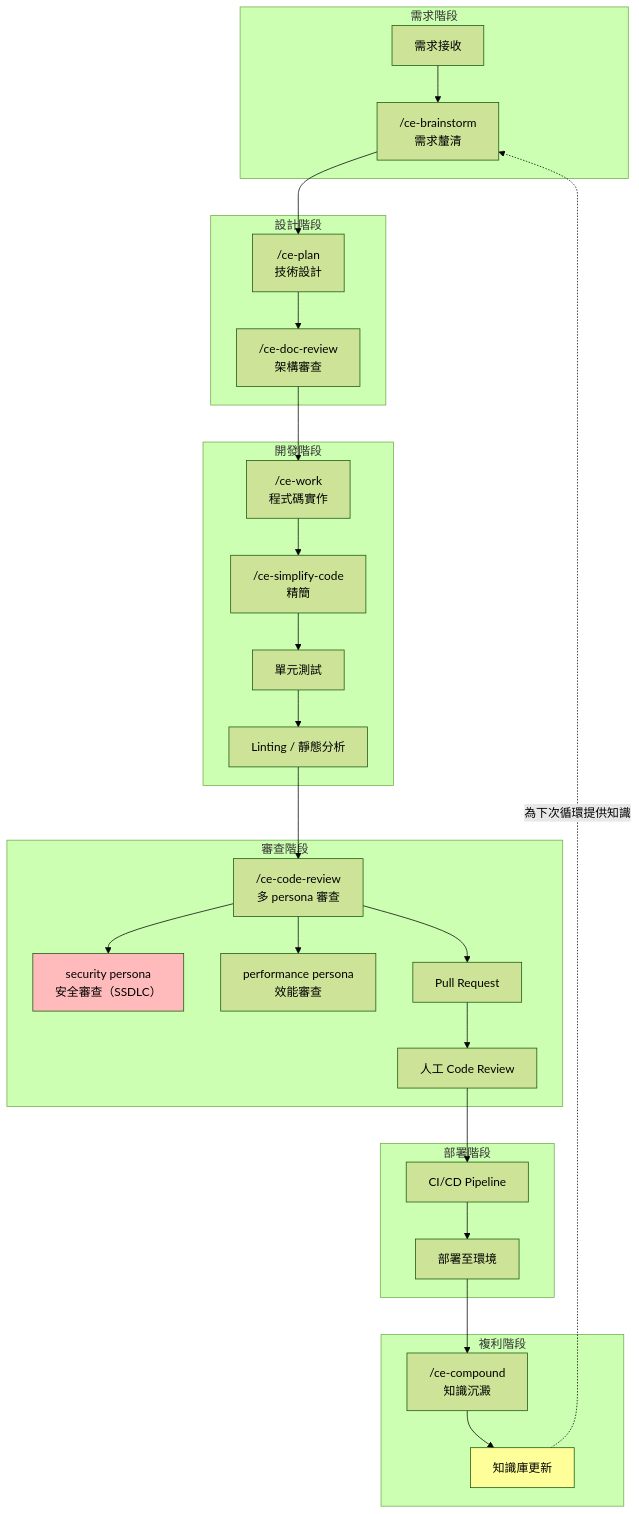
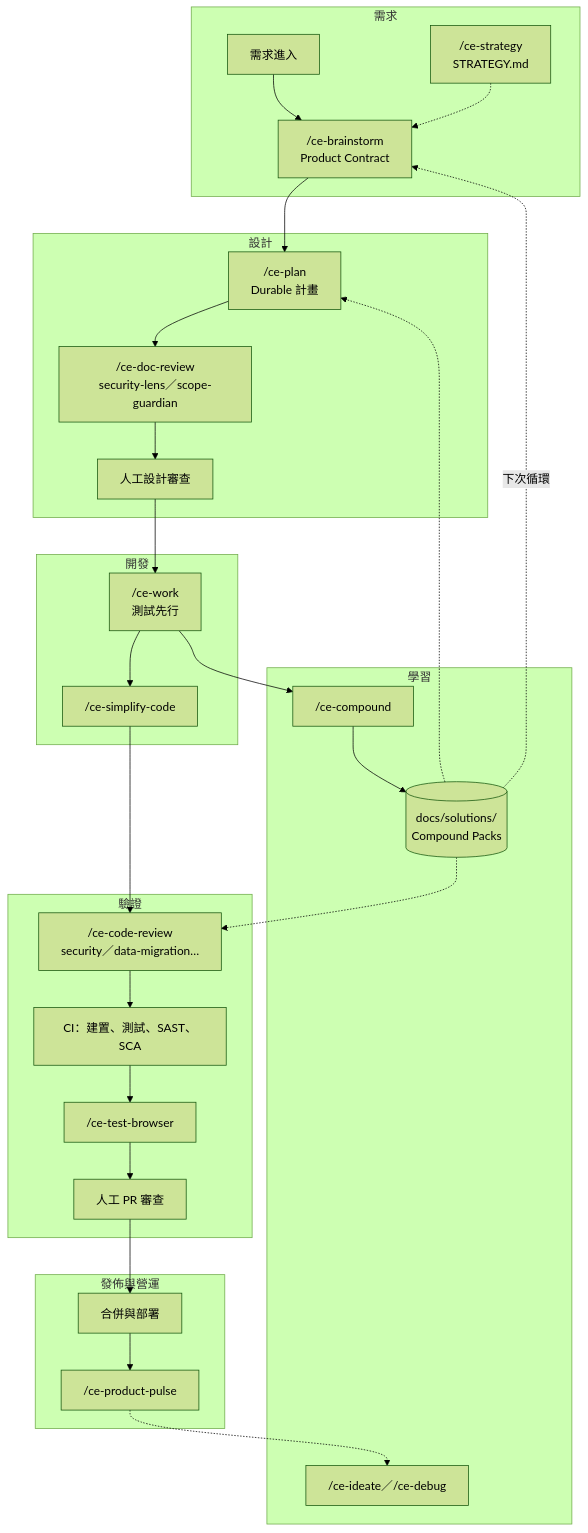
One commit to chihhung/Blog changed the sixth of 10 diagrams in content/posts/教學/AI開發/Compound Engineering 教學手冊.md. Above: the diagram before and after it, drawn with Mermaid (forest theme). The commit also changed other lines of this file and 1 other file, not shown here.

Commit message:
docs: multic and compound engineering content update

````diff
--- a/content/posts/教學/AI開發/Compound Engineering 教學手冊.md
+++ b/content/posts/教學/AI開發/Compound Engineering 教學手冊.md
@@ -1224,40 +2635,34 @@
 ```mermaid
-graph TD
-    subgraph "需求階段"
-        REQ[需求接收] --> BRAIN["/ce-brainstorm<br/>需求釐清"]
+flowchart TD
+    subgraph REQ["需求"]
+        R1[需求進入] --> R2["/ce-brainstorm<br/>Product Contract"]
+        R0["/ce-strategy<br/>STRATEGY.md"] -.-> R2
     end
-
-    subgraph "設計階段"
-        BRAIN --> PLAN["/ce-plan<br/>技術設計"]
-        PLAN --> ARCH_REV["/ce-doc-review<br/>架構審查"]
+    subgraph DES["設計"]
+        R2 --> D1["/ce-plan<br/>Durable 計畫"]
+        D1 --> D2["/ce-doc-review<br/>security-lens／scope-guardian"]
+        D2 --> D3[人工設計審查]
     end
-
-    subgraph "開發階段"
-        ARCH_REV --> WORK["/ce-work<br/>程式碼實作"]
-        WORK --> SIMP["/ce-simplify-code<br/>精簡"]
-        SIMP --> UT[單元測試]
-        UT --> LINT[Linting / 靜態分析]
+    subgraph DEV["開發"]
+        D3 --> V1["/ce-work<br/>測試先行"]
+        V1 --> V2["/ce-simplify-code"]
     end
-
-    subgraph "審查階段"
-        LINT --> REVIEW["/ce-code-review<br/>多 persona 審查"]
-        REVIEW --> SEC["security persona<br/>安全審查（SSDLC）"]
-        REVIEW --> PERF["performance persona<br/>效能審查"]
-        REVIEW --> PR[Pull Request]
-        PR --> HUMAN[人工 Code Review]
+    subgraph VER["驗證"]
+        V2 --> T1["/ce-code-review<br/>security／data-migration…"]
+        T1 --> T2["CI：建置、測試、SAST、SCA"]
+        T2 --> T3["/ce-test-browser"]
+        T3 --> T4[人工 PR 審查]
     end
-
-    subgraph "部署階段"
-        HUMAN --> CICD[CI/CD Pipeline]
-        CICD --> DEPLOY[部署至環境]
+    subgraph REL["發佈與營運"]
+        T4 --> P1[合併與部署]
+        P1 --> P2["/ce-product-pulse"]
     end
-
-    subgraph "複利階段"
-        DEPLOY --> COMPOUND["/ce-compound<br/>知識沉澱"]
-        COMPOUND --> KB[知識庫更新]
-        KB -.->|為下次循環提供知識| BRAIN
+    subgraph LRN["學習"]
+        V1 --> L1["/ce-compound"]
+        P2 -.-> L2["/ce-ideate／/ce-debug"]
+        L1 --> L3[(docs/solutions/<br/>Compound Packs)]
+        L3 -.下次循環.-> R2
+        L3 -.-> D1
+        L3 -.-> T1
     end
-
-    style SEC fill:#fbb
-    style KB fill:#ff9
 ```
````
